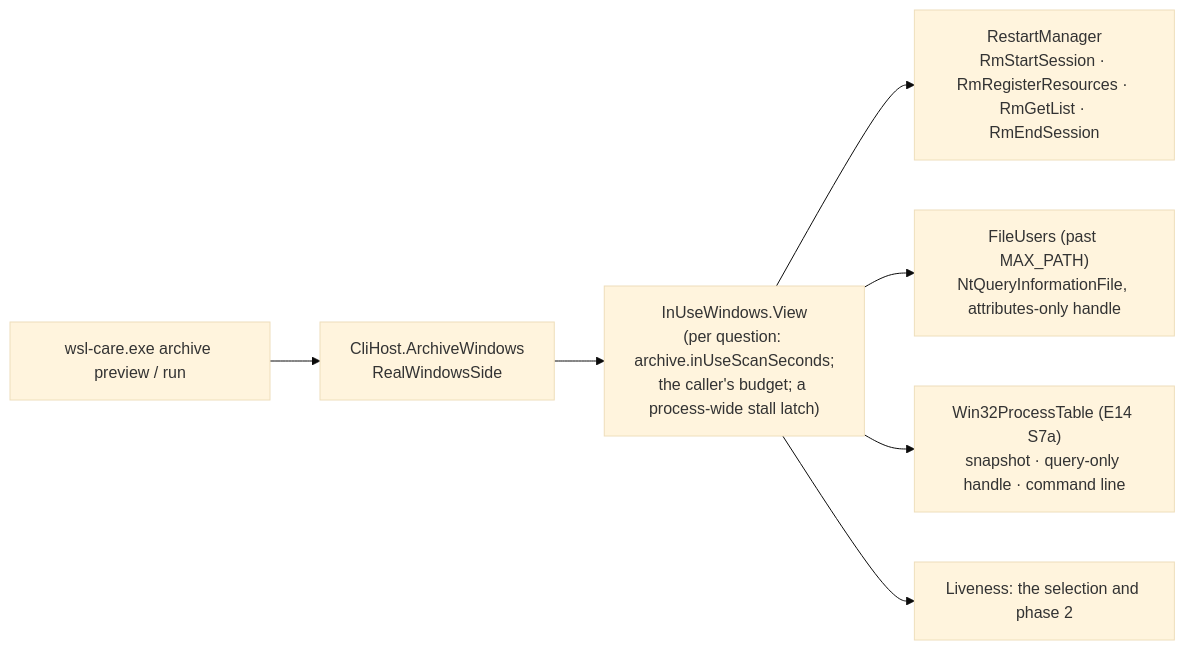
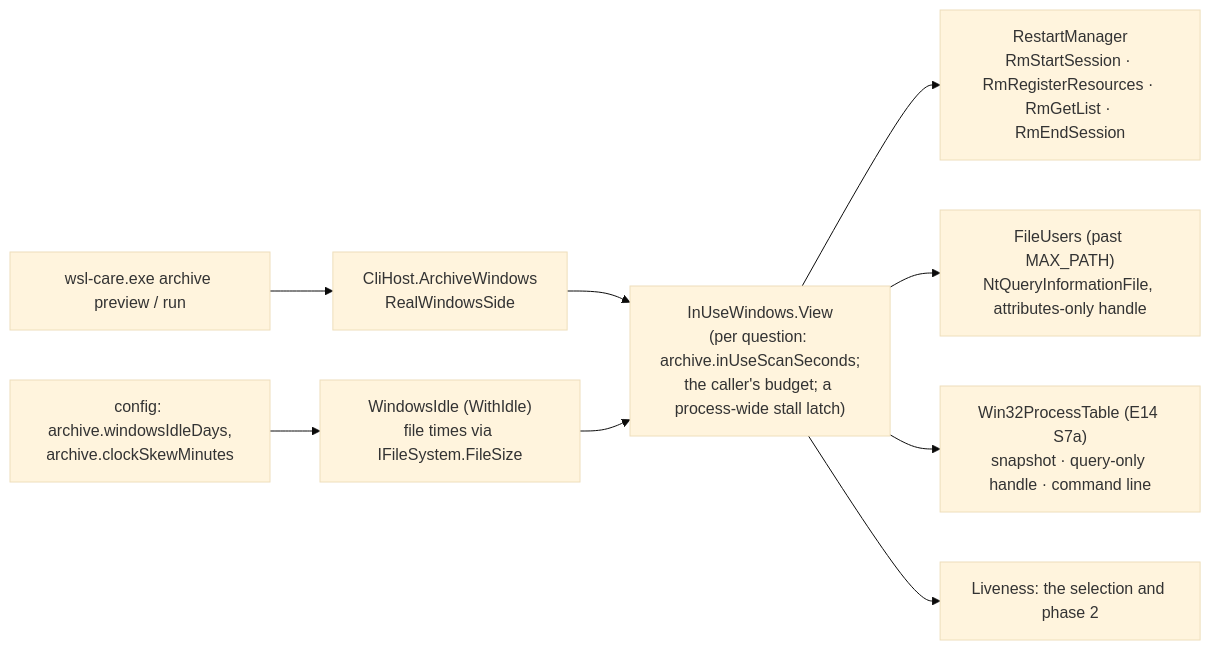
Diagram 26 of 32 in research/architecture.md (oleksandrdubyna88/wsl_care), drawn with Mermaid (base theme) before and after one commit. The commit also changed other lines of this file and 4 other files, not shown here.

Commit message:
fix(daemon): the idle rule's code round — the stats asked within the Windows view's bounds, architecture.md

````diff
--- a/research/architecture.md
+++ b/research/architecture.md
@@ -2498,9 +2508,11 @@
 ```mermaid
 flowchart LR
     cli["wsl-care.exe archive preview / run"] --> side["CliHost.ArchiveWindows<br/>RealWindowsSide"]
     side --> view["InUseWindows.View<br/>(per question: archive.inUseScanSeconds;<br/>the caller's budget; a process-wide stall latch)"]
     view --> rm["RestartManager<br/>RmStartSession · RmRegisterResources · RmGetList · RmEndSession"]
     view --> users["FileUsers (past MAX_PATH)<br/>NtQueryInformationFile, attributes-only handle"]
     view --> table["Win32ProcessTable (E14 S7a)<br/>snapshot · query-only handle · command line"]
+    cfg["config: archive.windowsIdleDays,<br/>archive.clockSkewMinutes"] --> idle["WindowsIdle (WithIdle)<br/>file times via IFileSystem.FileSize"]
+    idle --> view
     view --> liveness["Liveness: the selection and phase 2"]
 ```
````
